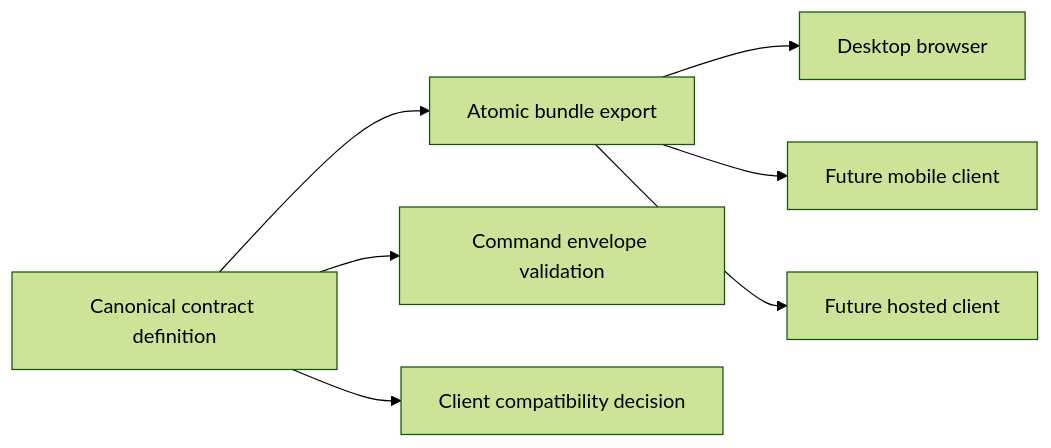
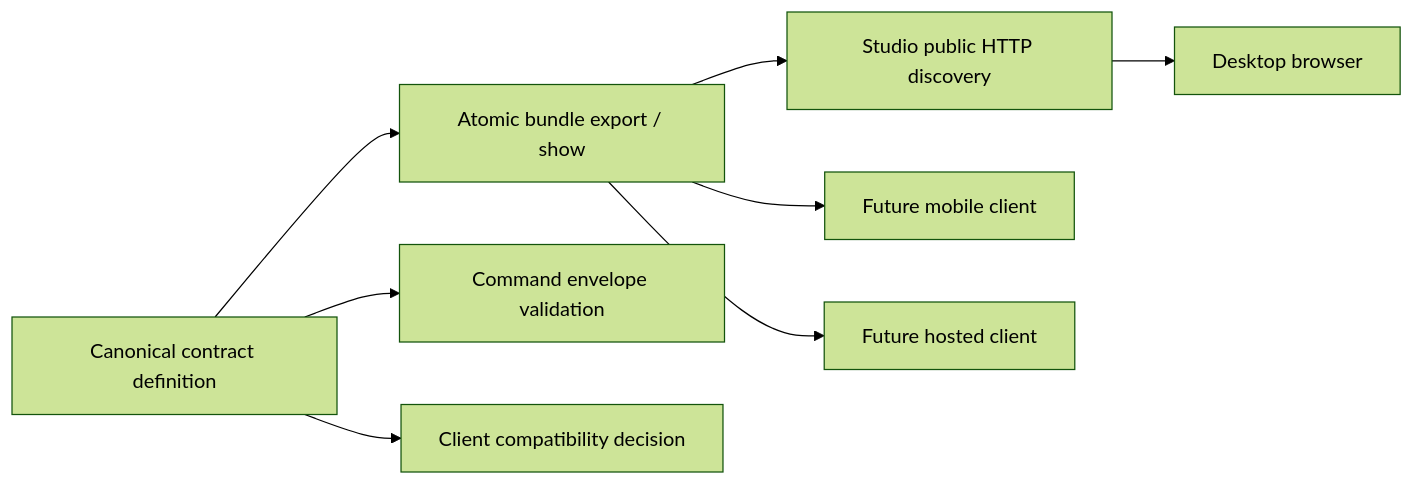
Before and after one commit to wohuishuo/cc-video-pipeline: the diagram in docs/mvp/client-contracts/capability-dag.md, drawn with Mermaid (forest theme). The commit also changed other lines of this file and 31 other files, not shown here.

````diff
--- a/docs/mvp/client-contracts/capability-dag.md
+++ b/docs/mvp/client-contracts/capability-dag.md
@@ -3,9 +3,10 @@
 ```mermaid
 flowchart LR
-    D["Canonical contract definition"] --> E["Atomic bundle export"]
+    D["Canonical contract definition"] --> E["Atomic bundle export / show"]
     D --> V["Command envelope validation"]
     D --> C["Client compatibility decision"]
-    E --> B["Desktop browser"]
+    E --> HTTP["Studio public HTTP discovery"]
+    HTTP --> B["Desktop browser"]
     E --> M["Future mobile client"]
     E --> H["Future hosted client"]
 ```
````
